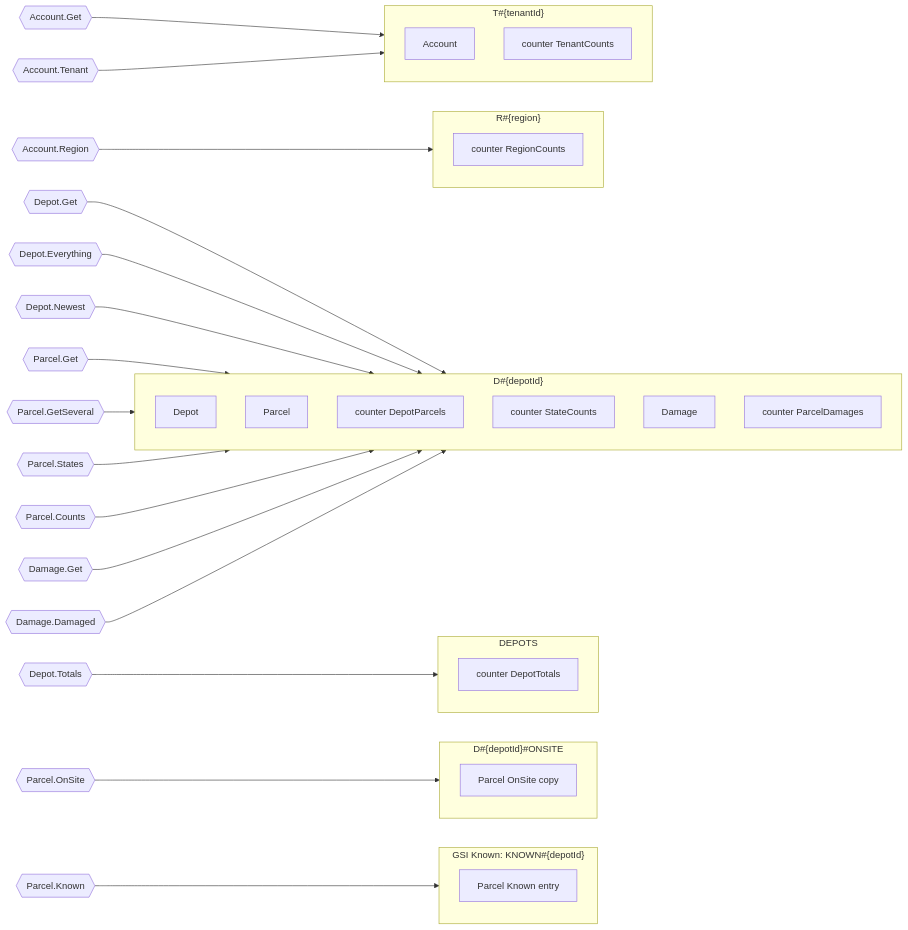
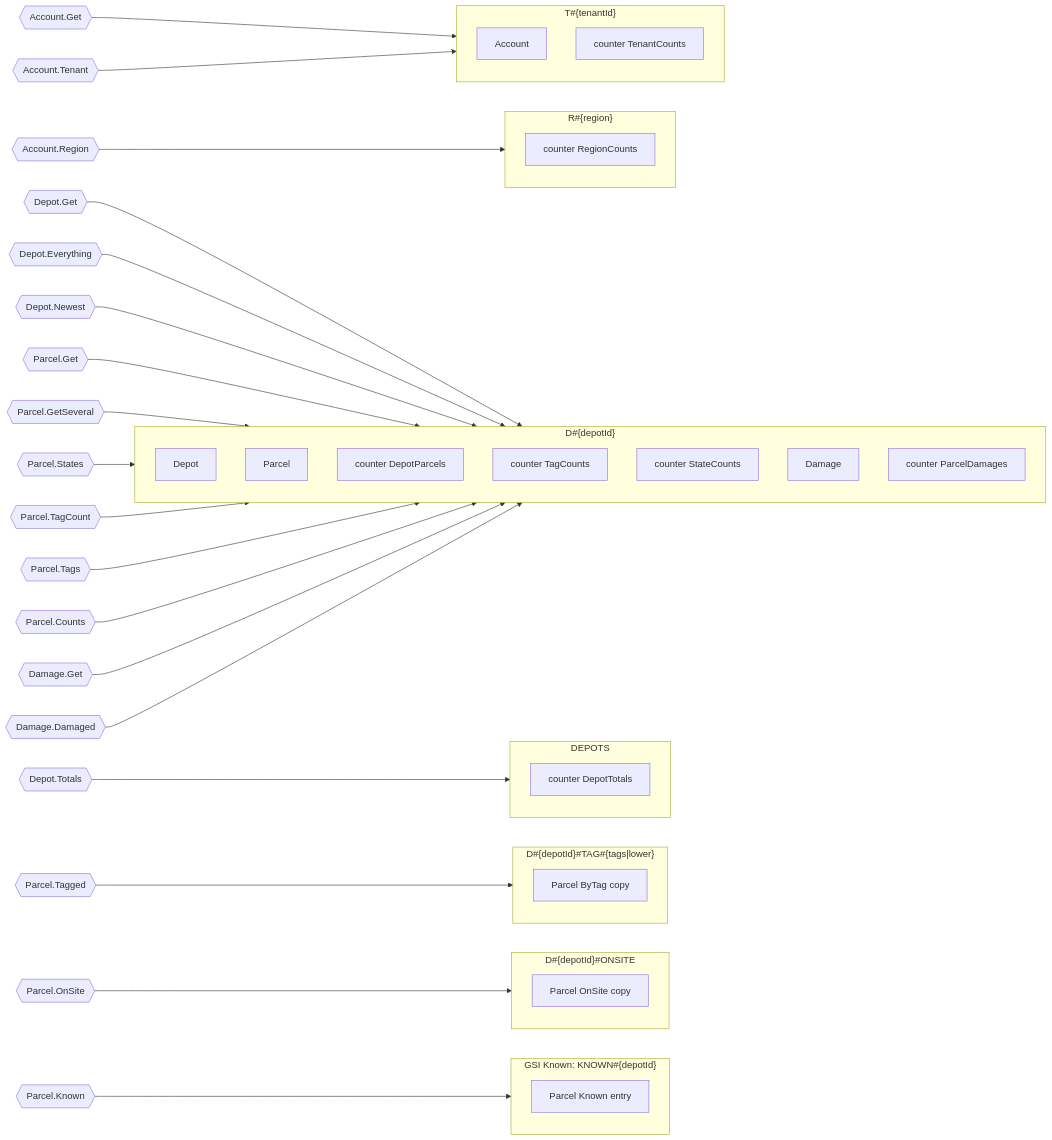
One commit to nicklanng/dynago changed the fourth of 8 diagrams in internal/e2e/fixture/fixture.model.md. Above: the diagram before and after it, drawn with Mermaid. The commit also changed other lines of this file and 17 other files, not shown here.

````diff
--- a/internal/e2e/fixture/fixture.model.md
+++ b/internal/e2e/fixture/fixture.model.md
@@ -172,42 +177,49 @@
 ```mermaid
 flowchart LR
   subgraph p0["T#35;{tenantId}"]
     p0m0["Account"]
     p0m1["counter TenantCounts"]
   end
   subgraph p1["R#35;{region}"]
     p1m0["counter RegionCounts"]
   end
   subgraph p2["D#35;{depotId}"]
     p2m0["Depot"]
     p2m1["Parcel"]
     p2m2["counter DepotParcels"]
-    p2m3["counter StateCounts"]
-    p2m4["Damage"]
-    p2m5["counter ParcelDamages"]
+    p2m3["counter TagCounts"]
+    p2m4["counter StateCounts"]
+    p2m5["Damage"]
+    p2m6["counter ParcelDamages"]
   end
   subgraph p3["DEPOTS"]
     p3m0["counter DepotTotals"]
   end
   subgraph p4["D#35;{depotId}#35;ONSITE"]
     p4m0["Parcel OnSite copy"]
   end
-  subgraph p5["GSI Known: KNOWN#35;{depotId}"]
-    p5m0["Parcel Known entry"]
+  subgraph p5["D#35;{depotId}#35;TAG#35;{tags|lower}"]
+    p5m0["Parcel ByTag copy"]
+  end
+  subgraph p6["GSI Known: KNOWN#35;{depotId}"]
+    p6m0["Parcel Known entry"]
   end
   r_Account_Get{{"Account.Get"}} --> p0
   r_Account_Tenant{{"Account.Tenant"}} --> p0
   r_Account_Region{{"Account.Region"}} --> p1
   r_Depot_Get{{"Depot.Get"}} --> p2
   r_Depot_Totals{{"Depot.Totals"}} --> p3
   r_Depot_Everything{{"Depot.Everything"}} --> p2
   r_Depot_Newest{{"Depot.Newest"}} --> p2
   r_Parcel_Get{{"Parcel.Get"}} --> p2
   r_Parcel_GetSeveral{{"Parcel.GetSeveral"}} --> p2
   r_Parcel_States{{"Parcel.States"}} --> p2
+  r_Parcel_Tagged{{"Parcel.Tagged"}} --> p5
+  r_Parcel_TagCount{{"Parcel.TagCount"}} --> p2
+  r_Parcel_Tags{{"Parcel.Tags"}} --> p2
   r_Parcel_OnSite{{"Parcel.OnSite"}} --> p4
-  r_Parcel_Known{{"Parcel.Known"}} --> p5
+  r_Parcel_Known{{"Parcel.Known"}} --> p6
   r_Parcel_Counts{{"Parcel.Counts"}} --> p2
   r_Damage_Get{{"Damage.Get"}} --> p2
   r_Damage_Damaged{{"Damage.Damaged"}} --> p2
 ```
````
